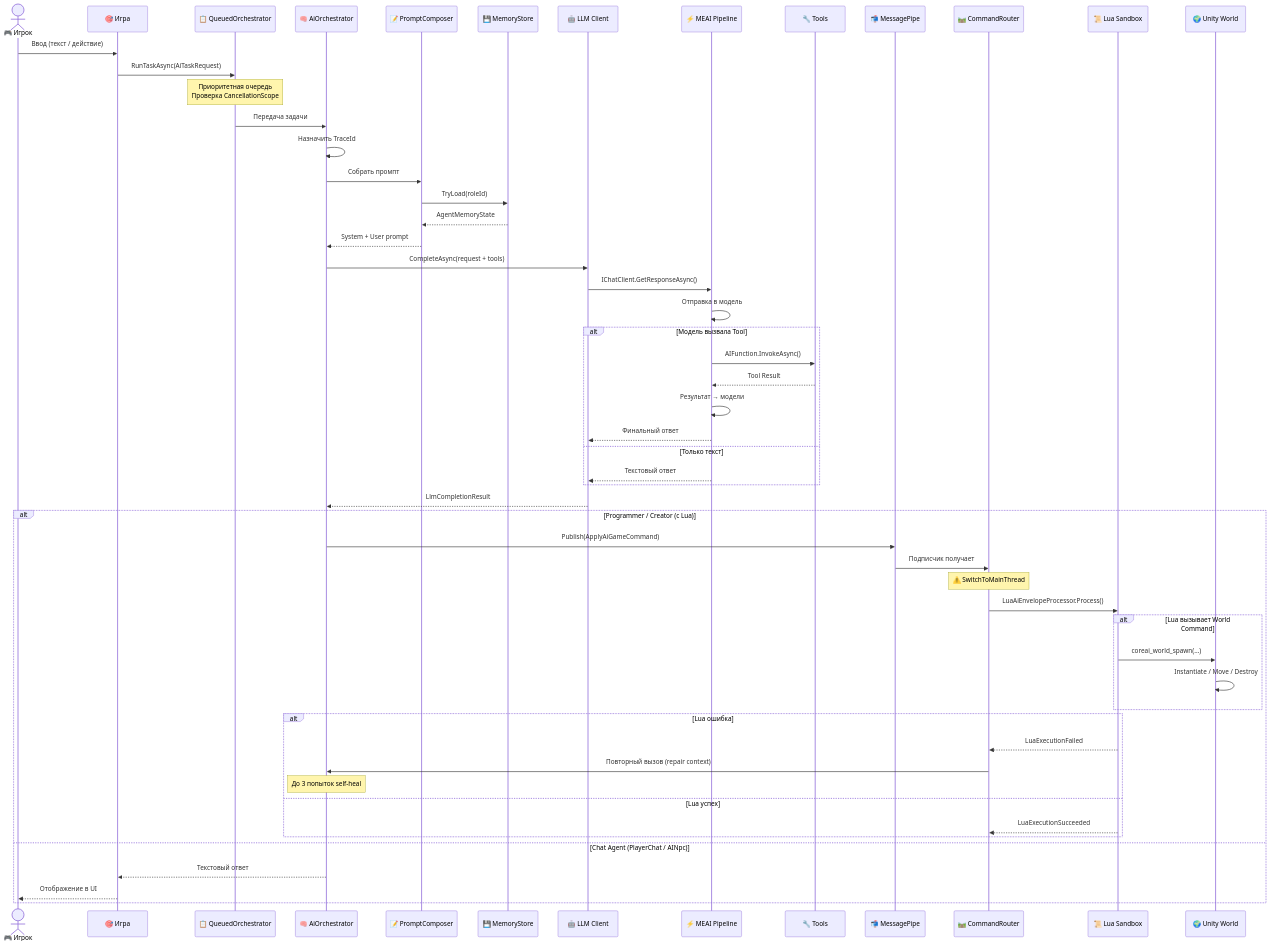
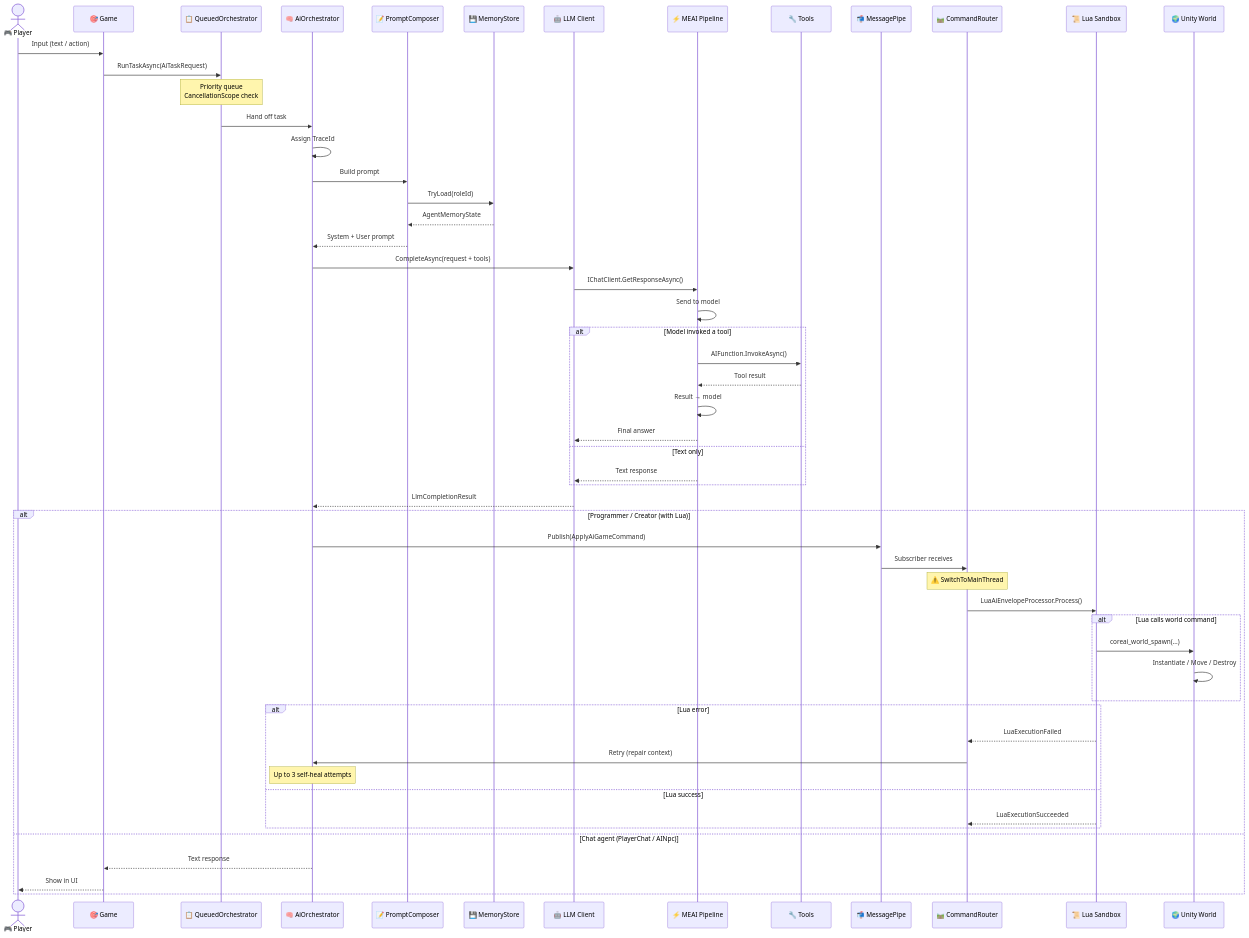
Before and after one commit to NeoXider/CoreAI: the second of 2 diagrams in Assets/CoreAiUnity/Docs/COMMAND_FLOW_DIAGRAM.md, drawn with Mermaid. The commit also changed other lines of this file and 88 other files, not shown here.

````diff
--- a/Assets/CoreAiUnity/Docs/COMMAND_FLOW_DIAGRAM.md
+++ b/Assets/CoreAiUnity/Docs/COMMAND_FLOW_DIAGRAM.md
@@ -313,67 +313,67 @@
 ```mermaid
 sequenceDiagram
-    actor Player as 🎮 Игрок
-    participant Game as 🎯 Игра
+    actor Player as 🎮 Player
+    participant Game as 🎯 Game
     participant Queue as 📋 QueuedOrchestrator
     participant Orch as 🧠 AiOrchestrator
     participant Prompt as 📝 PromptComposer
     participant Memory as 💾 MemoryStore
     participant LLM as 🤖 LLM Client
     participant MEAI as ⚡ MEAI Pipeline
     participant Tools as 🔧 Tools
     participant Bus as 📬 MessagePipe
     participant Router as 🛤️ CommandRouter
     participant Lua as 📜 Lua Sandbox
     participant World as 🌍 Unity World
 
-    Player->>Game: Ввод (текст / действие)
+    Player->>Game: Input (text / action)
     Game->>Queue: RunTaskAsync(AiTaskRequest)
     
-    Note over Queue: Приоритетная очередь<br/>Проверка CancellationScope
-    Queue->>Orch: Передача задачи
+    Note over Queue: Priority queue<br/>CancellationScope check
+    Queue->>Orch: Hand off task
 
-    Orch->>Orch: Назначить TraceId
-    Orch->>Prompt: Собрать промпт
+    Orch->>Orch: Assign TraceId
+    Orch->>Prompt: Build prompt
     Prompt->>Memory: TryLoad(roleId)
     Memory-->>Prompt: AgentMemoryState
     Prompt-->>Orch: System + User prompt
 
     Orch->>LLM: CompleteAsync(request + tools)
     LLM->>MEAI: IChatClient.GetResponseAsync()
-    MEAI->>MEAI: Отправка в модель
+    MEAI->>MEAI: Send to model
 
-    alt Модель вызвала Tool
+    alt Model invoked a tool
         MEAI->>Tools: AIFunction.InvokeAsync()
-        Tools-->>MEAI: Tool Result
-        MEAI->>MEAI: Результат → модели
-        MEAI-->>LLM: Финальный ответ
-    else Только текст
-        MEAI-->>LLM: Текстовый ответ
+        Tools-->>MEAI: Tool result
+        MEAI->>MEAI: Result → model
+        MEAI-->>LLM: Final answer
+    else Text only
+        MEAI-->>LLM: Text response
     end
 
     LLM-->>Orch: LlmCompletionResult
 
-    alt Programmer / Creator (с Lua)
+    alt Programmer / Creator (with Lua)
         Orch->>Bus: Publish(ApplyAiGameCommand)
-        Bus->>Router: Подписчик получает
+        Bus->>Router: Subscriber receives
         
         Note over Router: ⚠️ SwitchToMainThread
         Router->>Lua: LuaAiEnvelopeProcessor.Process()
         
-        alt Lua вызывает World Command
+        alt Lua calls world command
             Lua->>World: coreai_world_spawn(...)
             World->>World: Instantiate / Move / Destroy
         end
 
-        alt Lua ошибка
+        alt Lua error
             Lua-->>Router: LuaExecutionFailed
-            Router->>Orch: Повторный вызов (repair context)
-            Note over Orch: До 3 попыток self-heal
-        else Lua успех
+            Router->>Orch: Retry (repair context)
+            Note over Orch: Up to 3 self-heal attempts
+        else Lua success
             Lua-->>Router: LuaExecutionSucceeded
         end
-    else Chat Agent (PlayerChat / AINpc)
-        Orch-->>Game: Текстовый ответ
-        Game-->>Player: Отображение в UI
+    else Chat agent (PlayerChat / AINpc)
+        Orch-->>Game: Text response
+        Game-->>Player: Show in UI
     end
 ```
````
